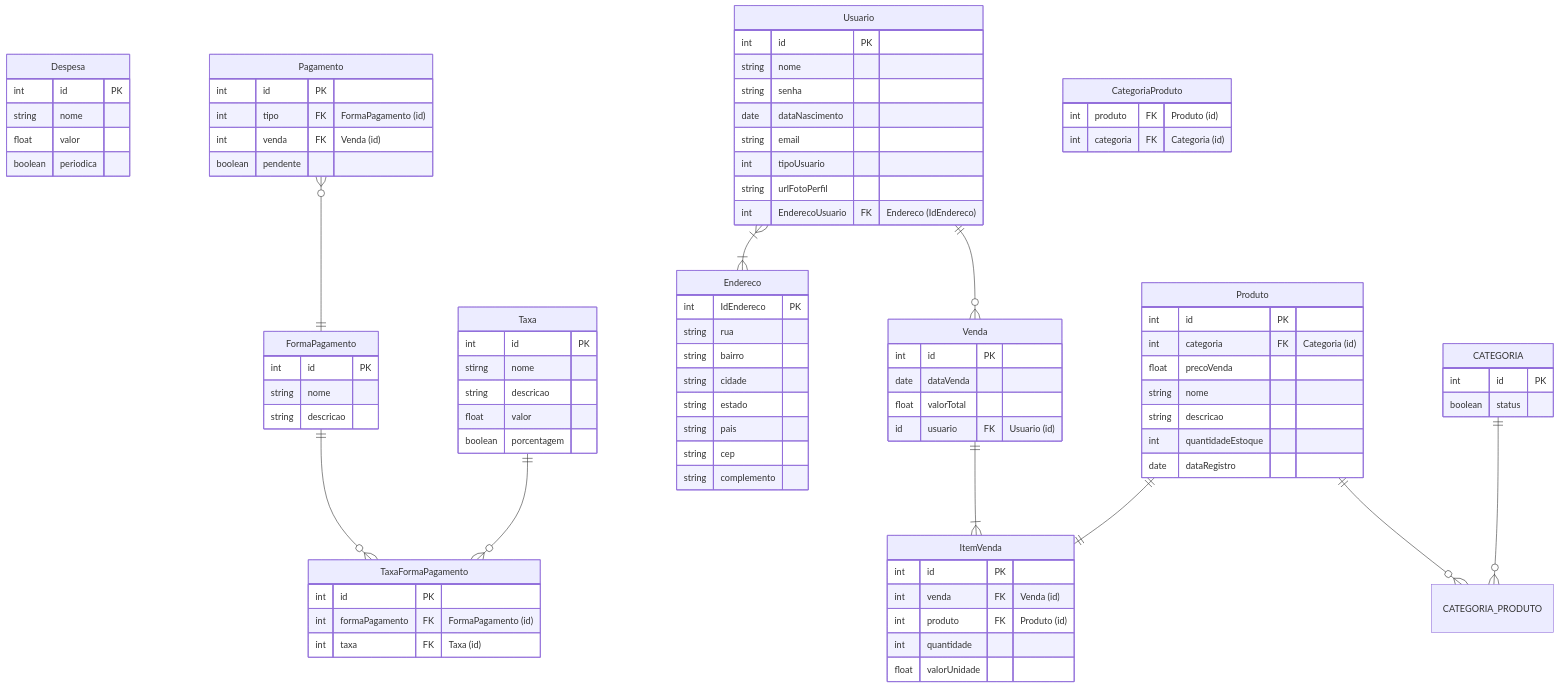
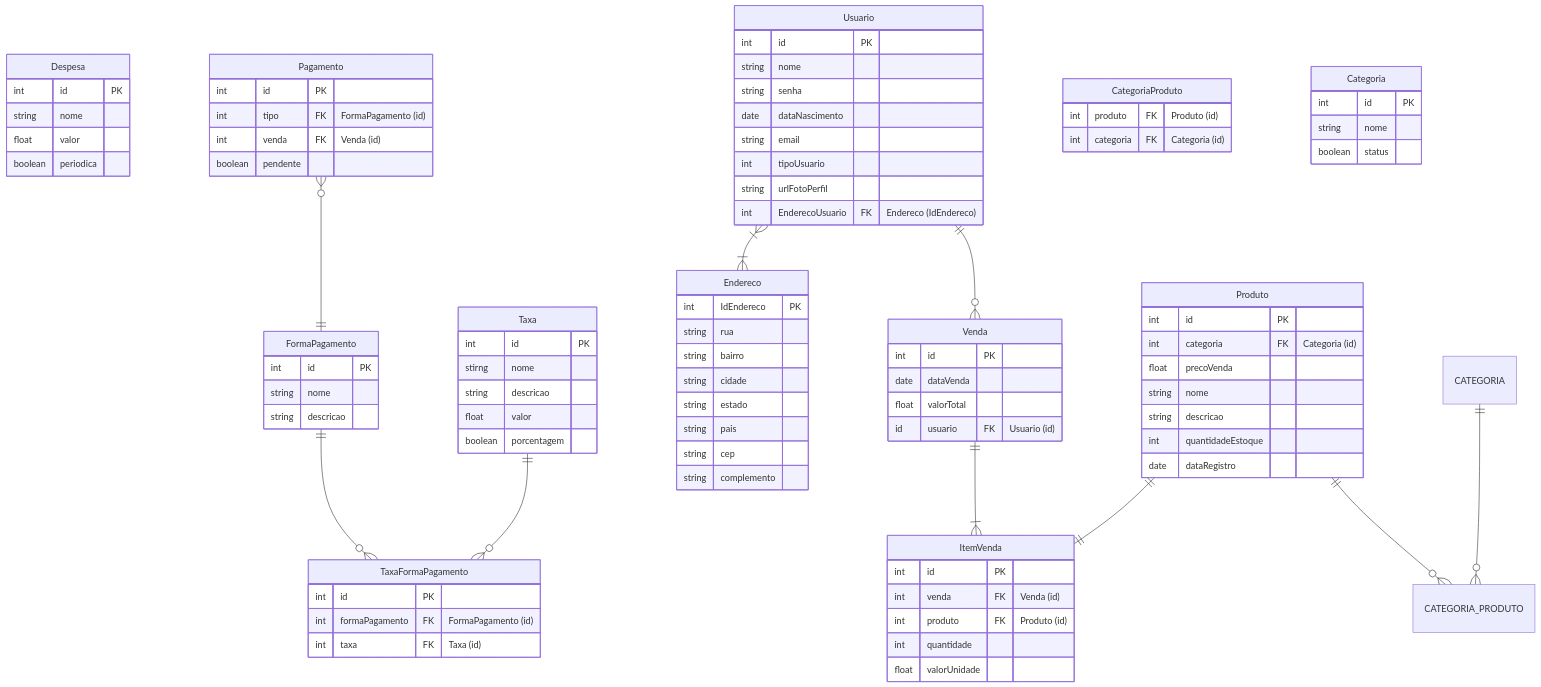
Before and after one commit to Control-Cash/controlcash: the diagram in docs/documento-de-modelos.md, drawn with Mermaid.

Commit message:
definindo atributos da tabela categoria #31

````diff
--- a/docs/documento-de-modelos.md
+++ b/docs/documento-de-modelos.md
@@ -91,7 +91,12 @@
   int produto FK "Produto (id)"
   int categoria FK "Categoria (id)"
 }
-  
+
+Categoria {
+  int id PK
+  string nome
+  boolean status
+}
   %% conexões
   Pagamento }o--|| FormaPagamento : ""
   FormaPagamento ||--o{ TaxaFormaPagamento : ""
@@ -107,11 +112,6 @@
   %% implementar essas tabelas pode excluir essas linhas para implementar sua
   %% própria versão
 
-  CATEGORIA {
-    int id PK
-    boolean status
-  }
-
   Produto ||--o{ CATEGORIA_PRODUTO : ""
   CATEGORIA ||--o{ CATEGORIA_PRODUTO : ""
 ```
````
